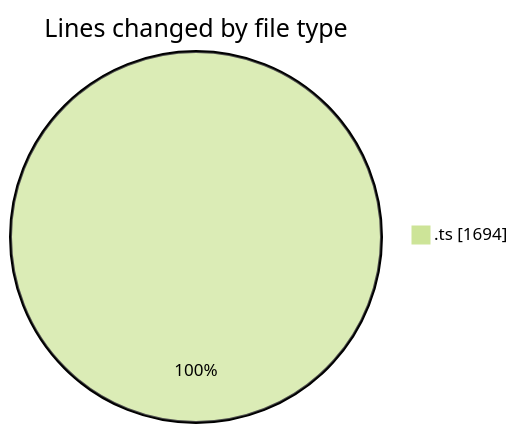
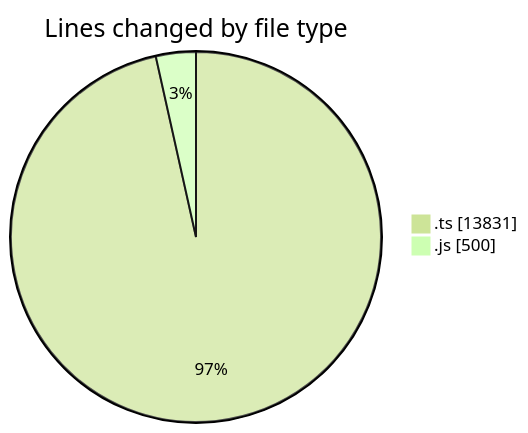
Before and after one commit to momahboobian/code-tracking: the first of 2 diagrams in 2025-06-26/cda/README.md, drawn with Mermaid (forest theme). The commit also changed other lines of this file and 1 other file, not shown here.

````diff
--- a/2025-06-26/cda/README.md
+++ b/2025-06-26/cda/README.md
@@ -22,5 +25,6 @@
 ```mermaid
 pie showData
 title Lines changed by file type
-".ts" : 1694
+".ts" : 13831
+".js" : 500
 ```
````
